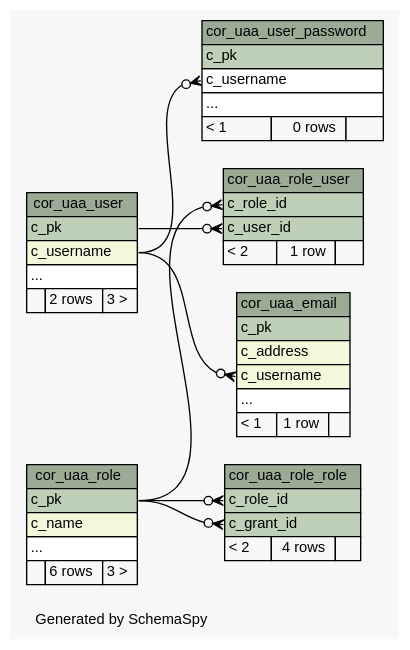
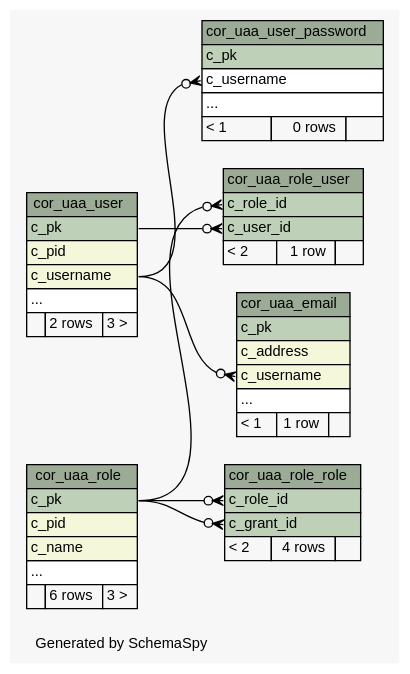
The diagram in 1.1.0-SNAPSHOT/schemaspy/diagrams/summary/relationships.real.compact.dot (openwms/org.openwms.core.uaa), drawn with Graphviz before and after one commit. The commit also changed 268 other files, not shown here.

```diff
--- a/1.1.0-SNAPSHOT/schemaspy/diagrams/summary/relationships.real.compact.dot
+++ b/1.1.0-SNAPSHOT/schemaspy/diagrams/summary/relationships.real.compact.dot
@@ -1,99 +1,101 @@
-// dot 2.43.0 on Linux 5.11.0-1021-azure
+// dot 2.43.0 on Linux 5.13.0-1029-azure
 // SchemaSpy rev Unknown
 digraph "compactRelationshipsDiagram" {
   graph [
     rankdir="RL"
     bgcolor="#f7f7f7"
     label="\nGenerated by SchemaSpy"
     labeljust="l"
     nodesep="0.18"
     ranksep="0.46"
     fontname="Helvetica"
     fontsize="11"
   ];
   node [
     fontname="Helvetica"
     fontsize="11"
     shape="plaintext"
   ];
   edge [
     arrowsize="0.8"
   ];
   "cor_uaa_email" [
     label=<
     <TABLE BORDER="0" CELLBORDER="1" CELLSPACING="0" BGCOLOR="#ffffff">
       <TR><TD COLSPAN="3" BGCOLOR="#9bab96" ALIGN="CENTER">cor_uaa_email</TD></TR>
       <TR><TD PORT="c_pk" COLSPAN="3" BGCOLOR="#bed1b8" ALIGN="LEFT">c_pk</TD></TR>
       <TR><TD PORT="c_address" COLSPAN="3" BGCOLOR="#f4f7da" ALIGN="LEFT">c_address</TD></TR>
       <TR><TD PORT="c_username" COLSPAN="3" BGCOLOR="#f4f7da" ALIGN="LEFT">c_username</TD></TR>
       <TR><TD PORT="elipses" COLSPAN="3" ALIGN="LEFT">...</TD></TR>
       <TR><TD ALIGN="LEFT" BGCOLOR="#f7f7f7">&lt; 1</TD><TD ALIGN="RIGHT" BGCOLOR="#f7f7f7">1 row</TD><TD ALIGN="RIGHT" BGCOLOR="#f7f7f7">  </TD></TR>
     </TABLE>>
     URL="tables/cor_uaa_email.html"
     tooltip="cor_uaa_email"
   ];
   "cor_uaa_role" [
     label=<
     <TABLE BORDER="0" CELLBORDER="1" CELLSPACING="0" BGCOLOR="#ffffff">
       <TR><TD COLSPAN="3" BGCOLOR="#9bab96" ALIGN="CENTER">cor_uaa_role</TD></TR>
       <TR><TD PORT="c_pk" COLSPAN="3" BGCOLOR="#bed1b8" ALIGN="LEFT">c_pk</TD></TR>
+      <TR><TD PORT="c_pid" COLSPAN="3" BGCOLOR="#f4f7da" ALIGN="LEFT">c_pid</TD></TR>
       <TR><TD PORT="c_name" COLSPAN="3" BGCOLOR="#f4f7da" ALIGN="LEFT">c_name</TD></TR>
       <TR><TD PORT="elipses" COLSPAN="3" ALIGN="LEFT">...</TD></TR>
       <TR><TD ALIGN="LEFT" BGCOLOR="#f7f7f7">  </TD><TD ALIGN="RIGHT" BGCOLOR="#f7f7f7">6 rows</TD><TD ALIGN="RIGHT" BGCOLOR="#f7f7f7">3 &gt;</TD></TR>
     </TABLE>>
     URL="tables/cor_uaa_role.html"
     tooltip="cor_uaa_role"
   ];
   "cor_uaa_role_role" [
     label=<
     <TABLE BORDER="0" CELLBORDER="1" CELLSPACING="0" BGCOLOR="#ffffff">
       <TR><TD COLSPAN="3" BGCOLOR="#9bab96" ALIGN="CENTER">cor_uaa_role_role</TD></TR>
       <TR><TD PORT="c_role_id" COLSPAN="3" BGCOLOR="#bed1b8" ALIGN="LEFT">c_role_id</TD></TR>
       <TR><TD PORT="c_grant_id" COLSPAN="3" BGCOLOR="#bed1b8" ALIGN="LEFT">c_grant_id</TD></TR>
       <TR><TD ALIGN="LEFT" BGCOLOR="#f7f7f7">&lt; 2</TD><TD ALIGN="RIGHT" BGCOLOR="#f7f7f7">4 rows</TD><TD ALIGN="RIGHT" BGCOLOR="#f7f7f7">  </TD></TR>
     </TABLE>>
     URL="tables/cor_uaa_role_role.html"
     tooltip="cor_uaa_role_role"
   ];
   "cor_uaa_role_user" [
     label=<
     <TABLE BORDER="0" CELLBORDER="1" CELLSPACING="0" BGCOLOR="#ffffff">
       <TR><TD COLSPAN="3" BGCOLOR="#9bab96" ALIGN="CENTER">cor_uaa_role_user</TD></TR>
       <TR><TD PORT="c_role_id" COLSPAN="3" BGCOLOR="#bed1b8" ALIGN="LEFT">c_role_id</TD></TR>
       <TR><TD PORT="c_user_id" COLSPAN="3" BGCOLOR="#bed1b8" ALIGN="LEFT">c_user_id</TD></TR>
       <TR><TD ALIGN="LEFT" BGCOLOR="#f7f7f7">&lt; 2</TD><TD ALIGN="RIGHT" BGCOLOR="#f7f7f7">1 row</TD><TD ALIGN="RIGHT" BGCOLOR="#f7f7f7">  </TD></TR>
     </TABLE>>
     URL="tables/cor_uaa_role_user.html"
     tooltip="cor_uaa_role_user"
   ];
   "cor_uaa_user" [
     label=<
     <TABLE BORDER="0" CELLBORDER="1" CELLSPACING="0" BGCOLOR="#ffffff">
       <TR><TD COLSPAN="3" BGCOLOR="#9bab96" ALIGN="CENTER">cor_uaa_user</TD></TR>
       <TR><TD PORT="c_pk" COLSPAN="3" BGCOLOR="#bed1b8" ALIGN="LEFT">c_pk</TD></TR>
+      <TR><TD PORT="c_pid" COLSPAN="3" BGCOLOR="#f4f7da" ALIGN="LEFT">c_pid</TD></TR>
       <TR><TD PORT="c_username" COLSPAN="3" BGCOLOR="#f4f7da" ALIGN="LEFT">c_username</TD></TR>
       <TR><TD PORT="elipses" COLSPAN="3" ALIGN="LEFT">...</TD></TR>
       <TR><TD ALIGN="LEFT" BGCOLOR="#f7f7f7">  </TD><TD ALIGN="RIGHT" BGCOLOR="#f7f7f7">2 rows</TD><TD ALIGN="RIGHT" BGCOLOR="#f7f7f7">3 &gt;</TD></TR>
     </TABLE>>
     URL="tables/cor_uaa_user.html"
     tooltip="cor_uaa_user"
   ];
   "cor_uaa_user_password" [
     label=<
     <TABLE BORDER="0" CELLBORDER="1" CELLSPACING="0" BGCOLOR="#ffffff">
       <TR><TD COLSPAN="3" BGCOLOR="#9bab96" ALIGN="CENTER">cor_uaa_user_password</TD></TR>
       <TR><TD PORT="c_pk" COLSPAN="3" BGCOLOR="#bed1b8" ALIGN="LEFT">c_pk</TD></TR>
       <TR><TD PORT="c_username" COLSPAN="3" ALIGN="LEFT">c_username</TD></TR>
       <TR><TD PORT="elipses" COLSPAN="3" ALIGN="LEFT">...</TD></TR>
       <TR><TD ALIGN="LEFT" BGCOLOR="#f7f7f7">&lt; 1</TD><TD ALIGN="RIGHT" BGCOLOR="#f7f7f7">0 rows</TD><TD ALIGN="RIGHT" BGCOLOR="#f7f7f7">  </TD></TR>
     </TABLE>>
     URL="tables/cor_uaa_user_password.html"
     tooltip="cor_uaa_user_password"
   ];
   "cor_uaa_email":"c_username":w -> "cor_uaa_user":"c_username":e [arrowhead=none dir=back arrowtail=crowodot];
   "cor_uaa_role_role":"c_grant_id":w -> "cor_uaa_role":"c_pk":e [arrowhead=none dir=back arrowtail=crowodot];
   "cor_uaa_role_role":"c_role_id":w -> "cor_uaa_role":"c_pk":e [arrowhead=none dir=back arrowtail=crowodot];
   "cor_uaa_role_user":"c_role_id":w -> "cor_uaa_role":"c_pk":e [arrowhead=none dir=back arrowtail=crowodot];
   "cor_uaa_role_user":"c_user_id":w -> "cor_uaa_user":"c_pk":e [arrowhead=none dir=back arrowtail=crowodot];
   "cor_uaa_user_password":"c_username":w -> "cor_uaa_user":"c_username":e [arrowhead=none dir=back arrowtail=crowodot];
 }
```
